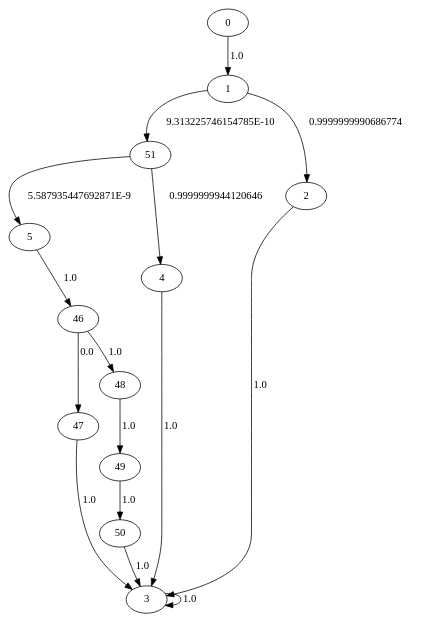
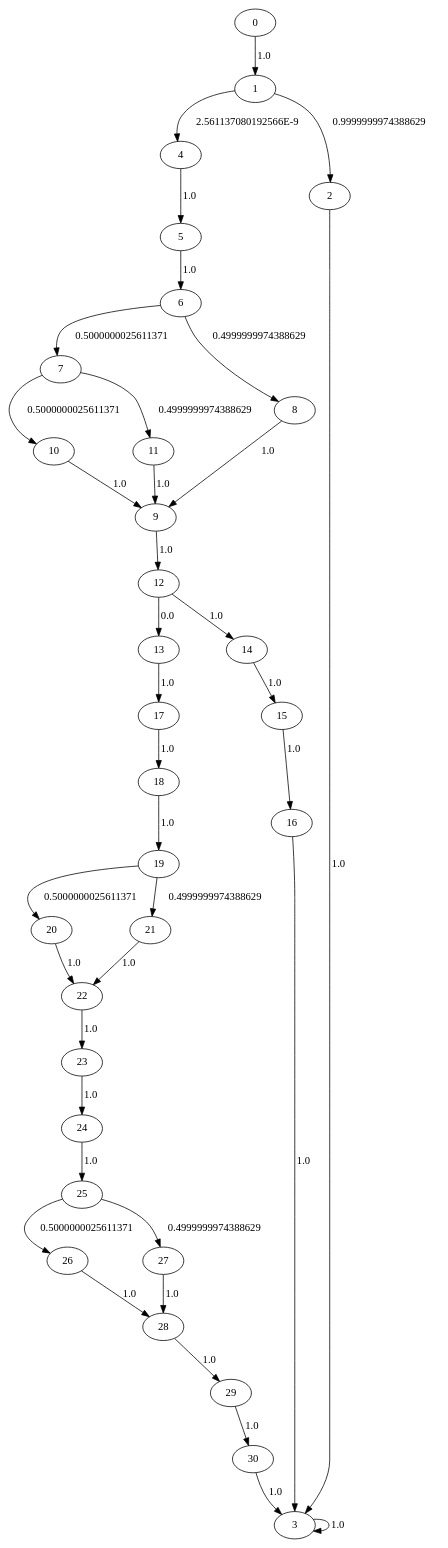
The diagram in LMain_test.dot (seemantasaha/DependencyAnalysis), drawn with Graphviz before and after one commit. The commit also changed 45 other files, not shown here.

```diff
--- a/LMain_test.dot
+++ b/LMain_test.dot
@@ -1,17 +1,39 @@
 digraph {
-	46 -> 47[label= "0.0"];
-	46 -> 48[label= "1.0"];
-	47 -> 3[label= "1.0"];
-	48 -> 49[label= "1.0"];
-	49 -> 50[label= "1.0"];
-	50 -> 3[label= "1.0"];
-	51 -> 5[label= "5.587935447692871E-9"];
-	51 -> 4[label= "0.9999999944120646"];
+	22 -> 23[label= "1.0"];
+	23 -> 24[label= "1.0"];
+	24 -> 25[label= "1.0"];
+	25 -> 26[label= "0.5000000025611371"];
+	25 -> 27[label= "0.4999999974388629"];
+	26 -> 28[label= "1.0"];
+	27 -> 28[label= "1.0"];
+	28 -> 29[label= "1.0"];
+	29 -> 30[label= "1.0"];
+	30 -> 3[label= "1.0"];
+	10 -> 9[label= "1.0"];
+	11 -> 9[label= "1.0"];
+	12 -> 13[label= "0.0"];
+	12 -> 14[label= "1.0"];
+	13 -> 17[label= "1.0"];
+	14 -> 15[label= "1.0"];
+	15 -> 16[label= "1.0"];
+	16 -> 3[label= "1.0"];
+	17 -> 18[label= "1.0"];
+	18 -> 19[label= "1.0"];
+	19 -> 20[label= "0.5000000025611371"];
+	19 -> 21[label= "0.4999999974388629"];
 	0 -> 1[label= "1.0"];
-	1 -> 51[label= "9.313225746154785E-10"];
-	1 -> 2[label= "0.9999999990686774"];
+	1 -> 4[label= "2.561137080192566E-9"];
+	1 -> 2[label= "0.9999999974388629"];
 	2 -> 3[label= "1.0"];
 	3 -> 3[label= "1.0"];
-	4 -> 3[label= "1.0"];
-	5 -> 46[label= "1.0"];
+	4 -> 5[label= "1.0"];
+	5 -> 6[label= "1.0"];
+	6 -> 7[label= "0.5000000025611371"];
+	6 -> 8[label= "0.4999999974388629"];
+	7 -> 10[label= "0.5000000025611371"];
+	7 -> 11[label= "0.4999999974388629"];
+	8 -> 9[label= "1.0"];
+	9 -> 12[label= "1.0"];
+	20 -> 22[label= "1.0"];
+	21 -> 22[label= "1.0"];
 }
```
